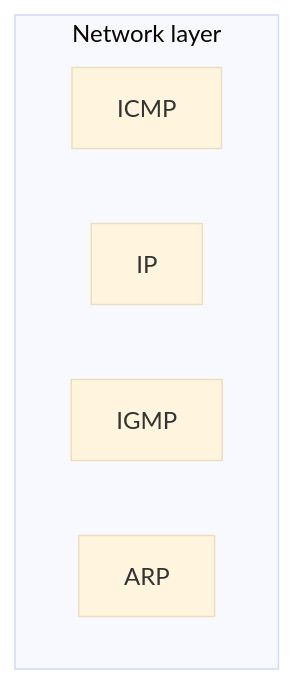
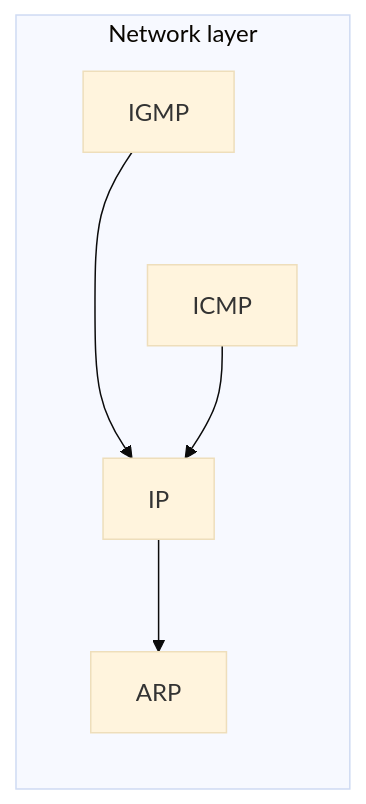
The first of 6 diagrams in Lecture-Notes/Ch16_ICMPv4-and-IGMP/Concepts_Lecture.md (Choroning/25Spring_Computer-Networks), drawn with Mermaid (base theme) before and after one commit. The commit also changed other lines of this file and 11 other files, not shown here.

First line of the commit message:
Write Part 5 (chapters 14-17) on the network layer control plane

````diff
--- a/Lecture-Notes/Ch16_ICMPv4-and-IGMP/Concepts_Lecture.md
+++ b/Lecture-Notes/Ch16_ICMPv4-and-IGMP/Concepts_Lecture.md
@@ -65,9 +85,12 @@
 ```mermaid
-graph TD
-    subgraph NET["Network layer"]
-        ICMP["ICMP"]
+graph TB
+    subgraph NL["Network layer"]
+        direction TB
+        IGMP["IGMP"] ~~~ ICMP["ICMP"]
         IP["IP"]
-        IGMP["IGMP"]
         ARP["ARP"]
     end
+    IGMP --> IP
+    ICMP --> IP
+    IP --> ARP
 ```
````
